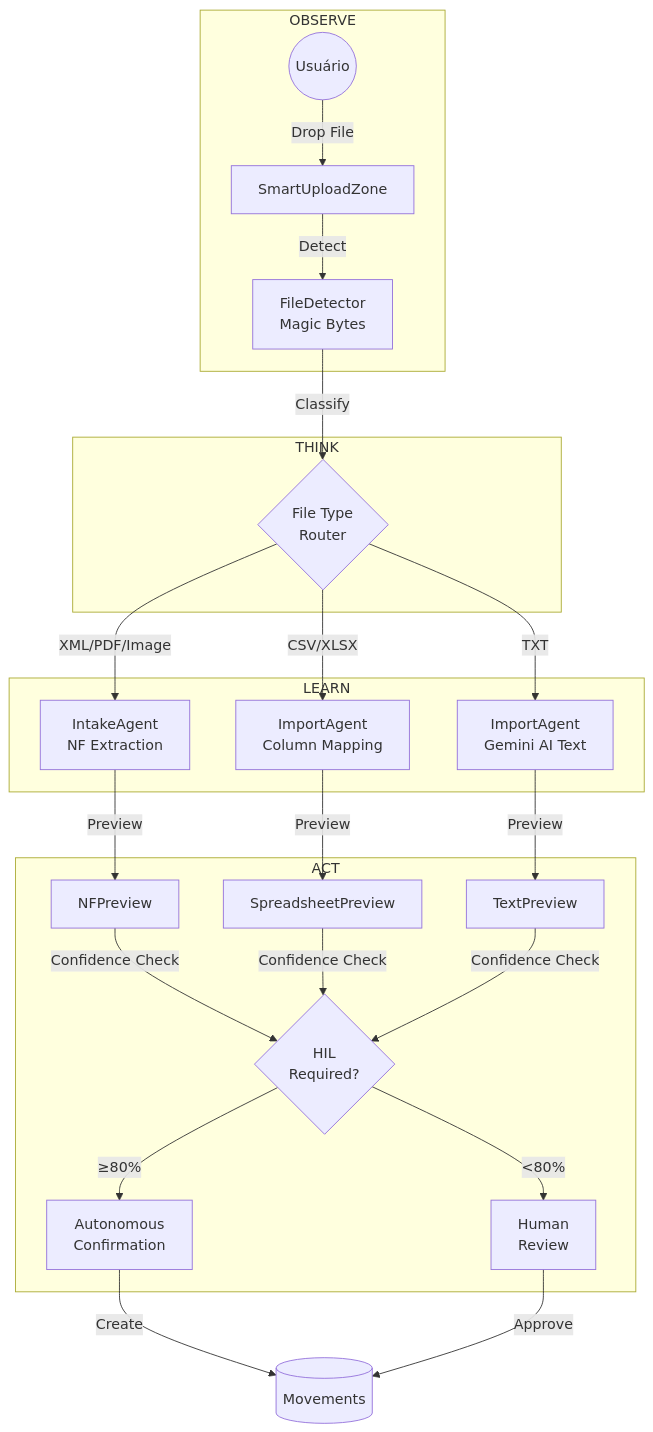
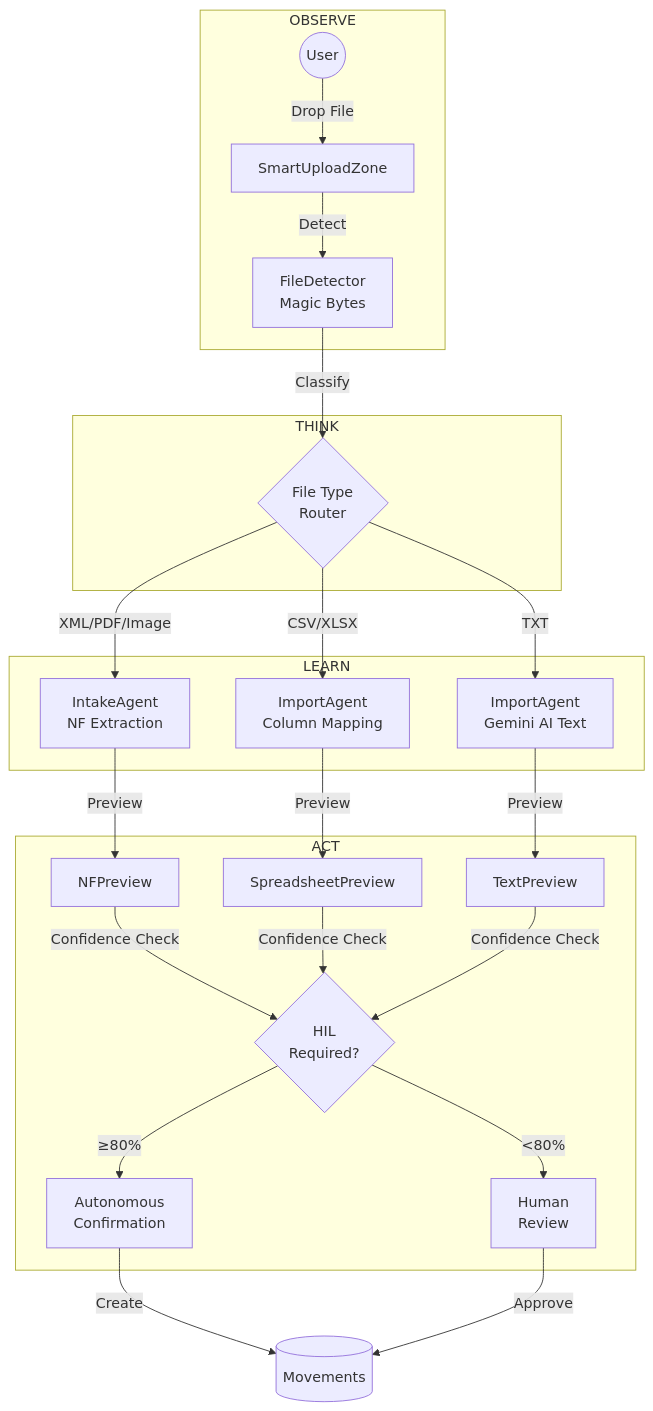
The sixth of 19 diagrams in docs/architecture/SGA_ESTOQUE_ARCHITECTURE.md (LPDigital-Agent/lpd-faiston-allinone), drawn with Mermaid before and after one commit. The commit also changed other lines of this file and 14 other files, not shown here.

First line of the commit message:
🐛 fix(nexo-import): fix priority inversion bug in column creation flow

````diff
--- a/docs/architecture/SGA_ESTOQUE_ARCHITECTURE.md
+++ b/docs/architecture/SGA_ESTOQUE_ARCHITECTURE.md
@@ -286,30 +345,30 @@
 ```mermaid
 flowchart TB
     subgraph "OBSERVE"
-        U((Usuário)) -->|Drop File| UZ[SmartUploadZone]
+        U((User)) -->|Drop File| UZ[SmartUploadZone]
         UZ -->|Detect| FD[FileDetector\nMagic Bytes]
     end
 
     subgraph "THINK"
         FD -->|Classify| Router{File Type\nRouter}
     end
 
     subgraph "LEARN"
         Router -->|XML/PDF/Image| IA[IntakeAgent\nNF Extraction]
         Router -->|CSV/XLSX| IMP[ImportAgent\nColumn Mapping]
         Router -->|TXT| TXT[ImportAgent\nGemini AI Text]
     end
 
     subgraph "ACT"
         IA -->|Preview| NFP[NFPreview]
         IMP -->|Preview| SSP[SpreadsheetPreview]
         TXT -->|Preview| TXP[TextPreview]
 
         NFP & SSP & TXP -->|Confidence Check| HIL{HIL\nRequired?}
         HIL -->|≥80%| AUTO[Autonomous\nConfirmation]
         HIL -->|<80%| REVIEW[Human\nReview]
     end
 
     AUTO -->|Create| MOV[(Movements)]
     REVIEW -->|Approve| MOV
 ```
````
